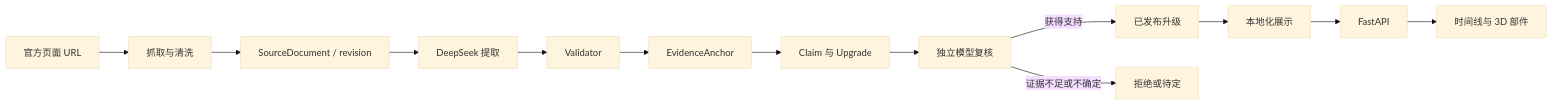
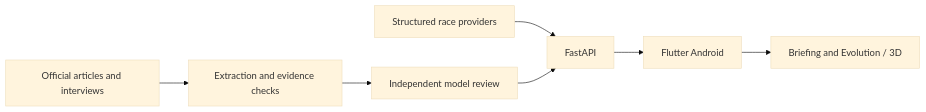
The diagram in README.zh-CN.md (hfdsdfgr/f1-grand-prix-reminder-codex), drawn with Mermaid (base theme) before and after one commit. The commit also changed other lines of this file and 47 other files, not shown here.

````diff
--- a/README.zh-CN.md
+++ b/README.zh-CN.md
@@ -68,15 +46,9 @@
 ```mermaid
 flowchart LR
-    URL[官方页面 URL] --> FETCH[抓取与清洗]
-    FETCH --> SOURCE[SourceDocument / revision]
-    SOURCE --> LLM[DeepSeek 提取]
-    LLM --> VALID[Validator]
-    VALID --> ANCHOR[EvidenceAnchor]
-    ANCHOR --> CLAIM[Claim 与 Upgrade]
-    CLAIM --> REVIEW[独立模型复核]
-    REVIEW -->|获得支持| PUB[已发布升级]
-    REVIEW -->|证据不足或不确定| HOLD[拒绝或待定]
-    PUB --> LOC[本地化展示]
-    LOC --> API[FastAPI]
-    API --> CAR[时间线与 3D 部件]
+    P[Structured race providers] --> API[FastAPI]
+    S[Official articles and interviews] --> E[Extraction and evidence checks]
+    E --> R[Independent model review]
+    R --> API
+    API --> APP[Flutter Android]
+    APP --> V[Briefing and Evolution / 3D]
 ```
````
